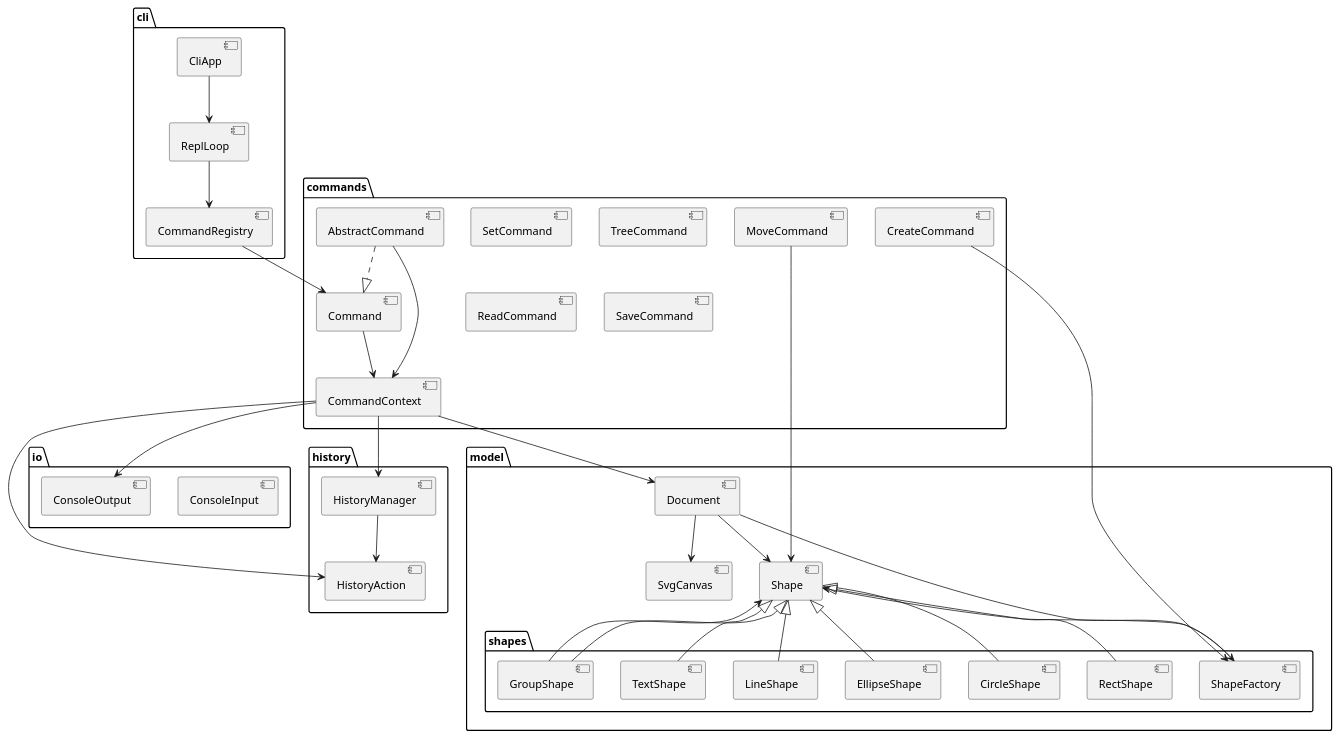
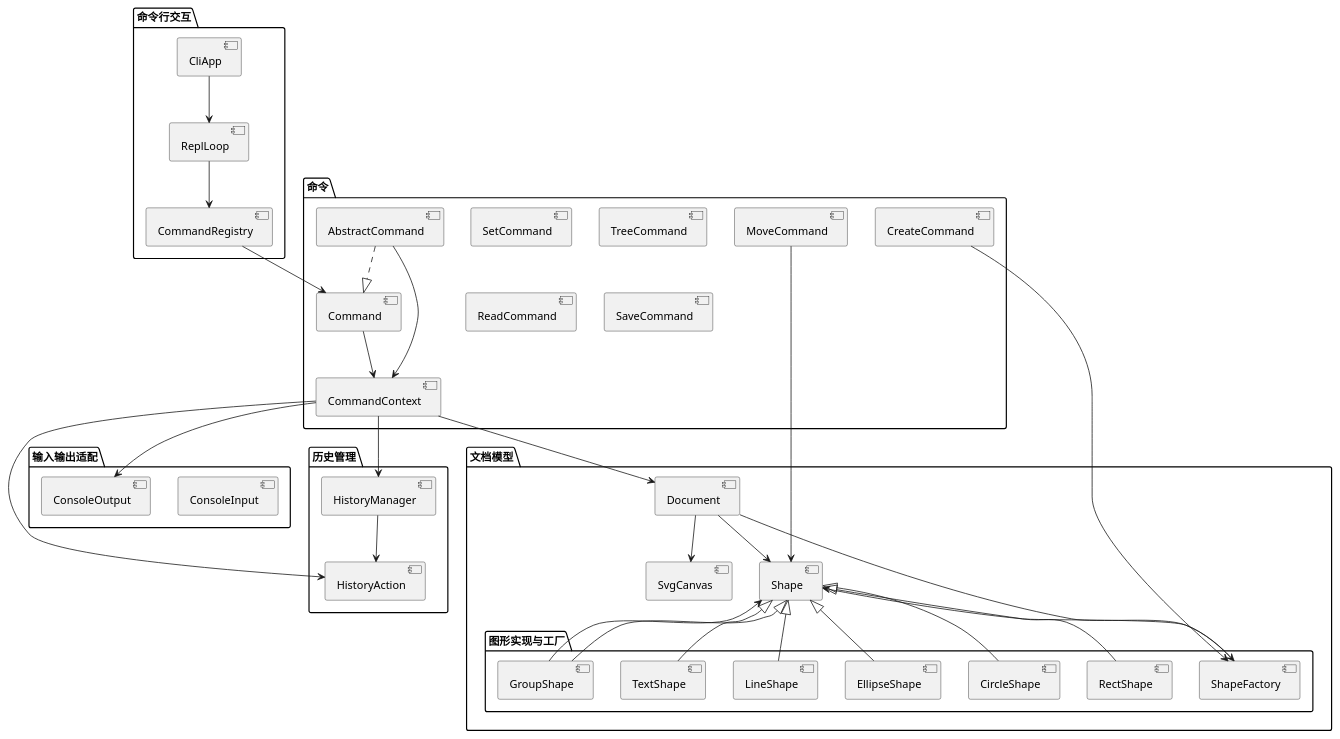
Before and after one commit to NinaZ65/sd-svg-lab: the diagram in doc/README.md, drawn with PlantUML. The commit also changed other lines of this file and 2 other files, not shown here.

````diff
--- a/doc/README.md
+++ b/doc/README.md
@@ -7,71 +7,79 @@
 ```plantuml
 @startuml
-package "cli" {
+package "命令行交互" as cli {
   [CliApp]
   [ReplLoop]
   [CommandRegistry]
 }
 
-package "commands" {
+package "命令" as commands {
   [Command]
   [CommandContext]
   [AbstractCommand]
   [CreateCommand]
   [MoveCommand]
   [SetCommand]
   [TreeCommand]
   [ReadCommand]
   [SaveCommand]
 }
 
-package "model" {
+package "文档模型" as model {
   [Document]
   [Shape]
   [SvgCanvas]
-  package "shapes" {
+
+  package "图形实现与工厂" as shapes {
     [RectShape]
     [CircleShape]
     [EllipseShape]
     [LineShape]
     [TextShape]
     [GroupShape]
     [ShapeFactory]
   }
 }
 
-package "history" {
+package "历史管理" as history {
   [HistoryManager]
   [HistoryAction]
 }
 
-package "io" {
+package "输入输出适配" as io {
   [ConsoleInput]
   [ConsoleOutput]
 }
 
 CliApp --> ReplLoop
 ReplLoop --> CommandRegistry
 CommandRegistry --> Command
+
 AbstractCommand ..|> Command
 Command --> CommandContext
 AbstractCommand --> CommandContext
+
 CommandContext --> Document
 CommandContext --> HistoryManager
 CommandContext --> ConsoleOutput
+
 Document --> Shape
 Document --> SvgCanvas
 Document --> ShapeFactory
+
 CreateCommand --> ShapeFactory
 MoveCommand --> Shape
+
 HistoryManager --> HistoryAction
 CommandContext --> HistoryAction
+
 Shape <|-- GroupShape
 Shape <|-- RectShape
 Shape <|-- CircleShape
 Shape <|-- EllipseShape
 Shape <|-- LineShape
 Shape <|-- TextShape
+
 ShapeFactory --> Shape
 GroupShape --> Shape
 @enduml
 ```
````
